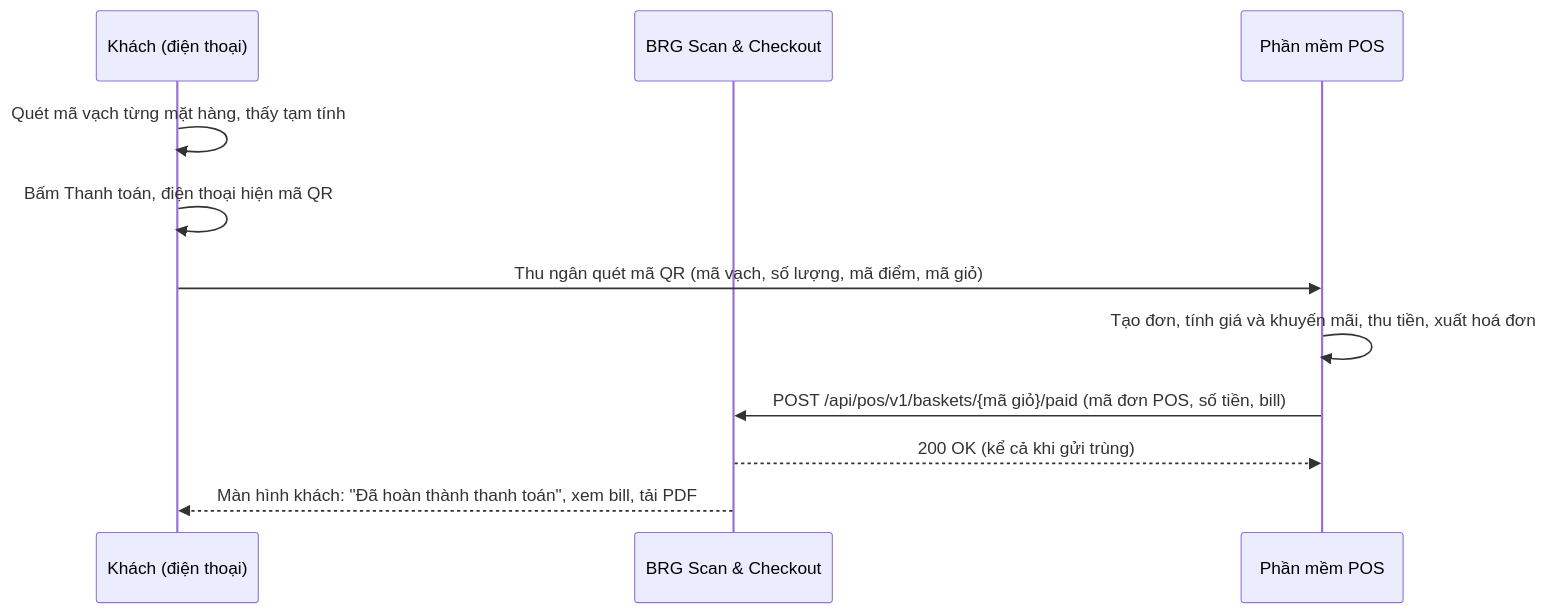
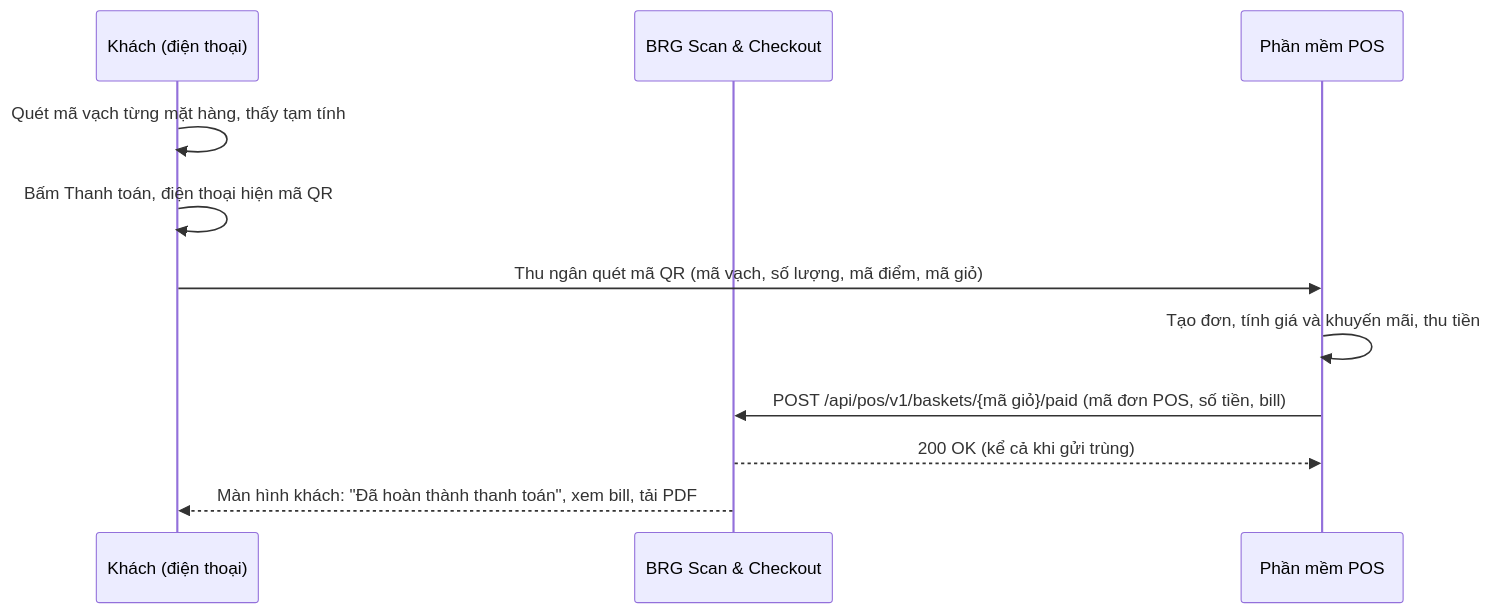
Before and after one commit to pth8081/Self-Checkout: the diagram in docs/api-qr-gio-hang.md, drawn with Mermaid. The commit also changed other lines of this file and 43 other files, not shown here.

First line of the commit message:
Bỏ số hoá đơn điện tử khỏi báo thanh toán, bill, email, PDF và tài liệu: lúc thanh toán chưa có hoá đơn, khách tự khai báo qua link nhà cung cấp; ký hiệu link đổi {invoiceNo} thành {posOrderRef}

````diff
--- a/docs/api-qr-gio-hang.md
+++ b/docs/api-qr-gio-hang.md
@@ -10,13 +16,13 @@
 ```mermaid
 sequenceDiagram
     participant K as Khách (điện thoại)
     participant B as BRG Scan & Checkout
     participant P as Phần mềm POS
     K->>K: Quét mã vạch từng mặt hàng, thấy tạm tính
     K->>K: Bấm Thanh toán, điện thoại hiện mã QR
     K->>P: Thu ngân quét mã QR (mã vạch, số lượng, mã điểm, mã giỏ)
-    P->>P: Tạo đơn, tính giá và khuyến mãi, thu tiền, xuất hoá đơn
+    P->>P: Tạo đơn, tính giá và khuyến mãi, thu tiền
     P->>B: POST /api/pos/v1/baskets/{mã giỏ}/paid (mã đơn POS, số tiền, bill)
     B-->>P: 200 OK (kể cả khi gửi trùng)
     B-->>K: Màn hình khách: "Đã hoàn thành thanh toán", xem bill, tải PDF
 ```
````
